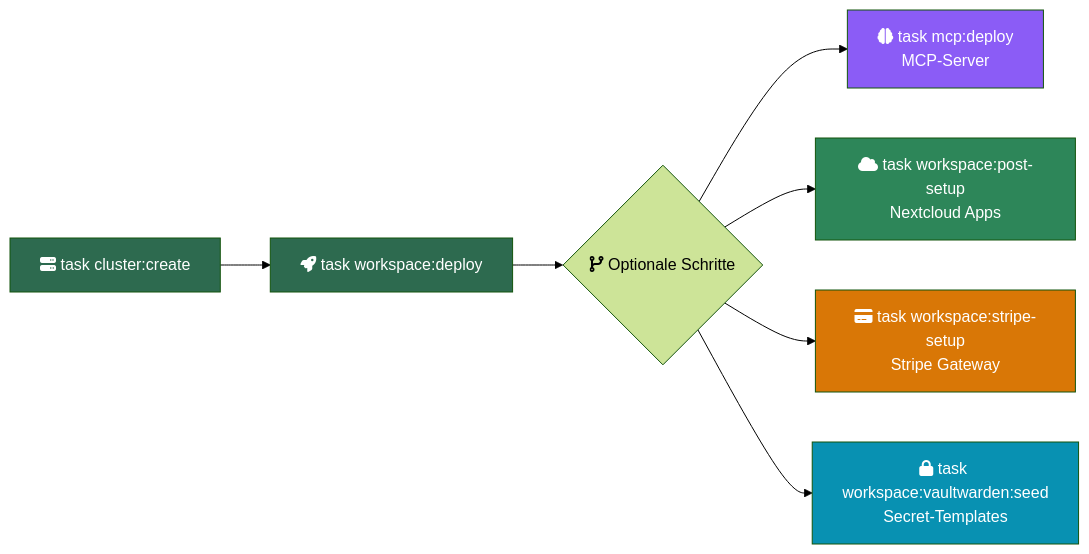
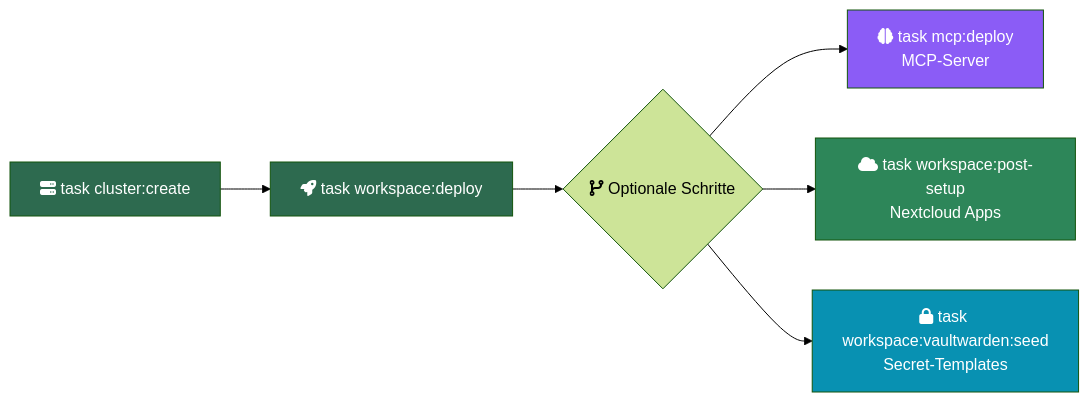
One commit to Paddione/Bachelorprojekt changed the third of 3 diagrams in k3d/docs-content/README.md. Above: the diagram before and after it, drawn with Mermaid (forest theme). The commit also changed 30 other files, not shown here.

````diff
--- a/k3d/docs-content/README.md
+++ b/k3d/docs-content/README.md
@@ -162,16 +162,14 @@
 ```mermaid
 flowchart LR
     A["fa:fa-server task cluster:create"] --> B["fa:fa-rocket task workspace:deploy"]
     B --> C{"fa:fa-code-branch Optionale Schritte"}
     C --> D["fa:fa-brain task mcp:deploy<br/>MCP-Server"]
     C --> E["fa:fa-cloud task workspace:post-setup<br/>Nextcloud Apps"]
-    C --> F["fa:fa-credit-card task workspace:stripe-setup<br/>Stripe Gateway"]
     C --> G["fa:fa-lock task workspace:vaultwarden:seed<br/>Secret-Templates"]
 
     style A fill:#2d6a4f,color:#fff
     style B fill:#2d6a4f,color:#fff
     style D fill:#8b5cf6,color:#fff
     style E fill:#2d8659,color:#fff
-    style F fill:#d97706,color:#fff
     style G fill:#0891b2,color:#fff
 ```
````
